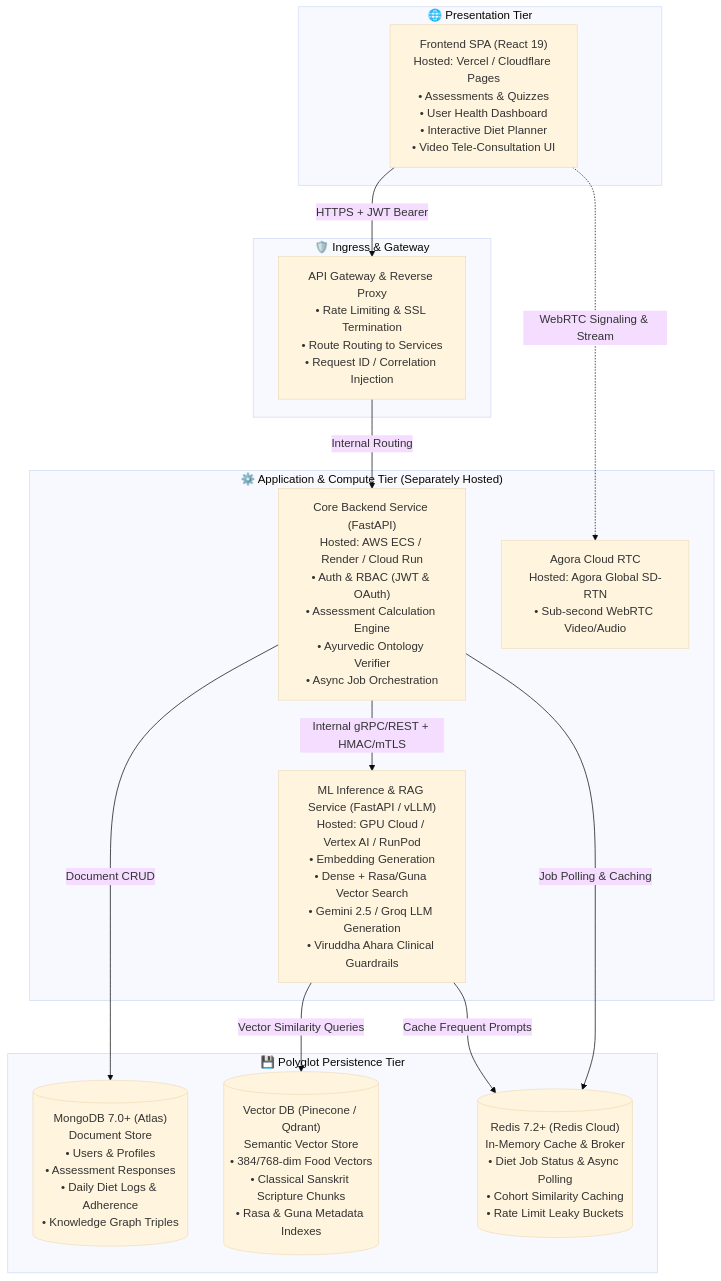
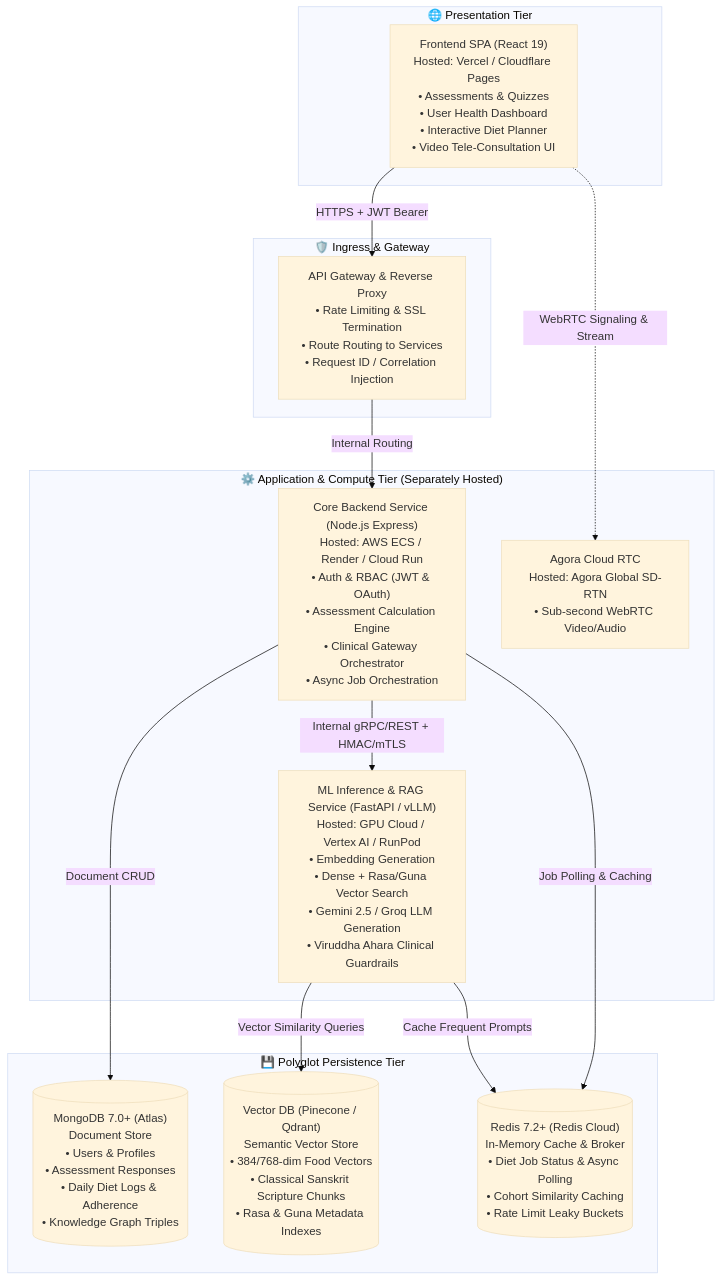
One commit to rajgupta04/Ayurvarta changed the first of 2 diagrams in docs/architecture/OVERVIEW.md. Above: the diagram before and after it, drawn with Mermaid (base theme). The commit also changed 33 other files, not shown here.

Commit message:
refactor: restructure project layout with dedicated backend, frontend, and ml-service directories

````diff
--- a/docs/architecture/OVERVIEW.md
+++ b/docs/architecture/OVERVIEW.md
@@ -14,35 +14,35 @@
 ```mermaid
 flowchart TD
     subgraph ClientTier["🌐 Presentation Tier"]
         SPA["Frontend SPA (React 19)<br/>Hosted: Vercel / Cloudflare Pages<br/>• Assessments & Quizzes<br/>• User Health Dashboard<br/>• Interactive Diet Planner<br/>• Video Tele-Consultation UI"]
     end
 
     subgraph IngressTier["🛡️ Ingress & Gateway"]
         Gateway["API Gateway & Reverse Proxy<br/>• Rate Limiting & SSL Termination<br/>• Route Routing to Services<br/>• Request ID / Correlation Injection"]
     end
 
     subgraph ServiceTier["⚙️ Application & Compute Tier (Separately Hosted)"]
-        BackendSvc["Core Backend Service (FastAPI)<br/>Hosted: AWS ECS / Render / Cloud Run<br/>• Auth & RBAC (JWT & OAuth)<br/>• Assessment Calculation Engine<br/>• Ayurvedic Ontology Verifier<br/>• Async Job Orchestration"]
+        BackendSvc["Core Backend Service (Node.js Express)<br/>Hosted: AWS ECS / Render / Cloud Run<br/>• Auth & RBAC (JWT & OAuth)<br/>• Assessment Calculation Engine<br/>• Clinical Gateway Orchestrator<br/>• Async Job Orchestration"]
         
         MLSvc["ML Inference & RAG Service (FastAPI / vLLM)<br/>Hosted: GPU Cloud / Vertex AI / RunPod<br/>• Embedding Generation<br/>• Dense + Rasa/Guna Vector Search<br/>• Gemini 2.5 / Groq LLM Generation<br/>• Viruddha Ahara Clinical Guardrails"]
 
         AgoraRTC["Agora Cloud RTC<br/>Hosted: Agora Global SD-RTN<br/>• Sub-second WebRTC Video/Audio"]
     end
 
     subgraph PolyglotTier["💾 Polyglot Persistence Tier"]
         MongoDB[("MongoDB 7.0+ (Atlas)<br/>Document Store<br/>• Users & Profiles<br/>• Assessment Responses<br/>• Daily Diet Logs & Adherence<br/>• Knowledge Graph Triples")]
         
         VectorDB[("Vector DB (Pinecone / Qdrant)<br/>Semantic Vector Store<br/>• 384/768-dim Food Vectors<br/>• Classical Sanskrit Scripture Chunks<br/>• Rasa & Guna Metadata Indexes")]
         
         RedisStore[("Redis 7.2+ (Redis Cloud)<br/>In-Memory Cache & Broker<br/>• Diet Job Status & Async Polling<br/>• Cohort Similarity Caching<br/>• Rate Limit Leaky Buckets")]
     end
 
     SPA -->|HTTPS + JWT Bearer| Gateway
     SPA -.->|WebRTC Signaling & Stream| AgoraRTC
     Gateway -->|Internal Routing| BackendSvc
     BackendSvc -->|Document CRUD| MongoDB
     BackendSvc -->|Job Polling & Caching| RedisStore
     BackendSvc -->|Internal gRPC/REST + HMAC/mTLS| MLSvc
     MLSvc -->|Vector Similarity Queries| VectorDB
     MLSvc -->|Cache Frequent Prompts| RedisStore
 ```
````
